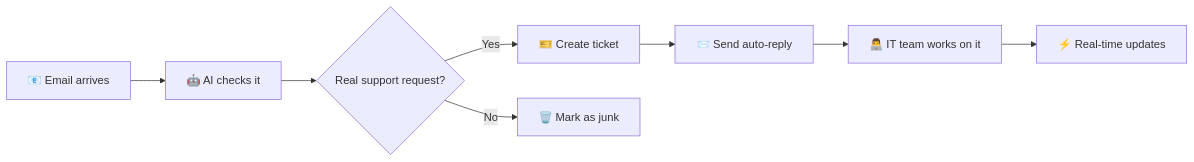
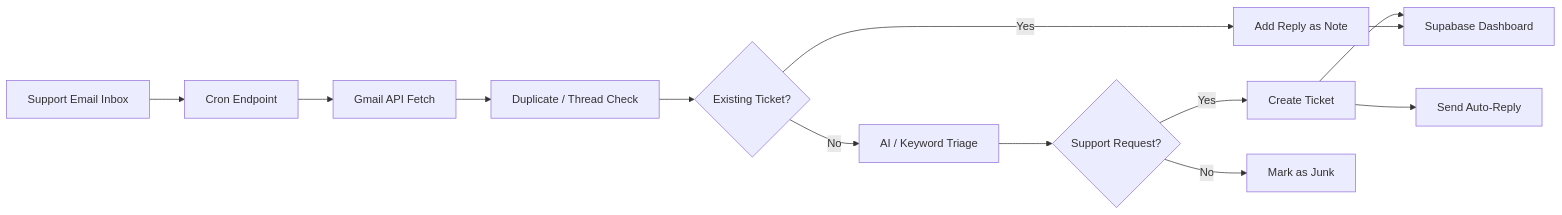
One commit to sxmuel-py/cis-support-pro changed the diagram in README.md. Above: the diagram before and after it, drawn with Mermaid. The commit also changed other lines of this file, not shown here.

````diff
--- a/README.md
+++ b/README.md
@@ -120,10 +73,15 @@
 ```mermaid
 graph LR
-    A[📧 Email arrives] --> B[🤖 AI checks it]
-    B --> C{Real support request?}
-    C -->|Yes| D[🎫 Create ticket]
-    C -->|No| E[🗑️ Mark as junk]
-    D --> F[📨 Send auto-reply]
-    F --> G[👨‍💻 IT team works on it]
-    G --> H[⚡ Real-time updates]
+    A[Support Email Inbox] --> B[Cron Endpoint]
+    B --> C[Gmail API Fetch]
+    C --> D[Duplicate / Thread Check]
+    D --> E{Existing Ticket?}
+    E -->|Yes| F[Add Reply as Note]
+    E -->|No| G[AI / Keyword Triage]
+    G --> H{Support Request?}
+    H -->|Yes| I[Create Ticket]
+    H -->|No| J[Mark as Junk]
+    I --> K[Send Auto-Reply]
+    I --> L[Supabase Dashboard]
+    F --> L
 ```
````
